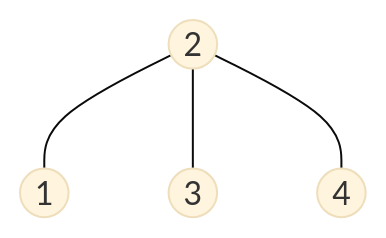
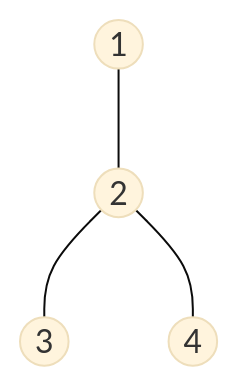
One commit to Daniel-Wei/Algo_DS_Notes changed the diagram in Graph/Star_Graph/Readme.md. Above: the diagram before and after it, drawn with Mermaid (base theme).

````diff
--- a/Graph/Star_Graph/Readme.md
+++ b/Graph/Star_Graph/Readme.md
@@ -4,13 +4,13 @@
 ```mermaid 
 graph TB;
 
 1((1))
 2((2))
 3((3))
 4((4))
 
-2---1
+1---2
 2---3
 2---4
 
 ```
````
